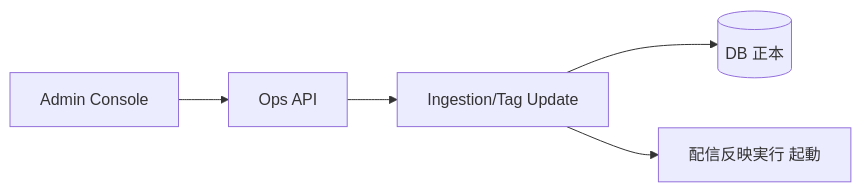
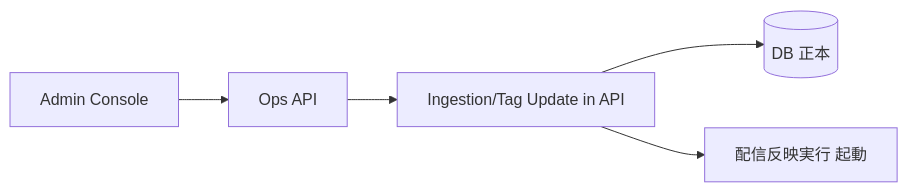
Before and after one commit to tsuji-tomonori/diopside-v3: the first of 2 diagrams in docs/2.基本設計(BD)/21.アーキテクチャ概要/BD-ARCH-004.md, drawn with Mermaid. The commit also changed other lines of this file and 25 other files, not shown here.

````diff
--- a/docs/2.基本設計(BD)/21.アーキテクチャ概要/BD-ARCH-004.md
+++ b/docs/2.基本設計(BD)/21.アーキテクチャ概要/BD-ARCH-004.md
@@ -36,7 +36,7 @@
 ```mermaid
 flowchart LR
   A[Admin Console] --> B[Ops API]
-  B --> C[Ingestion/Tag Update]
+  B --> C[Ingestion/Tag Update in API]
   C --> D[(DB 正本)]
   C --> E[配信反映実行 起動]
 ```
````
